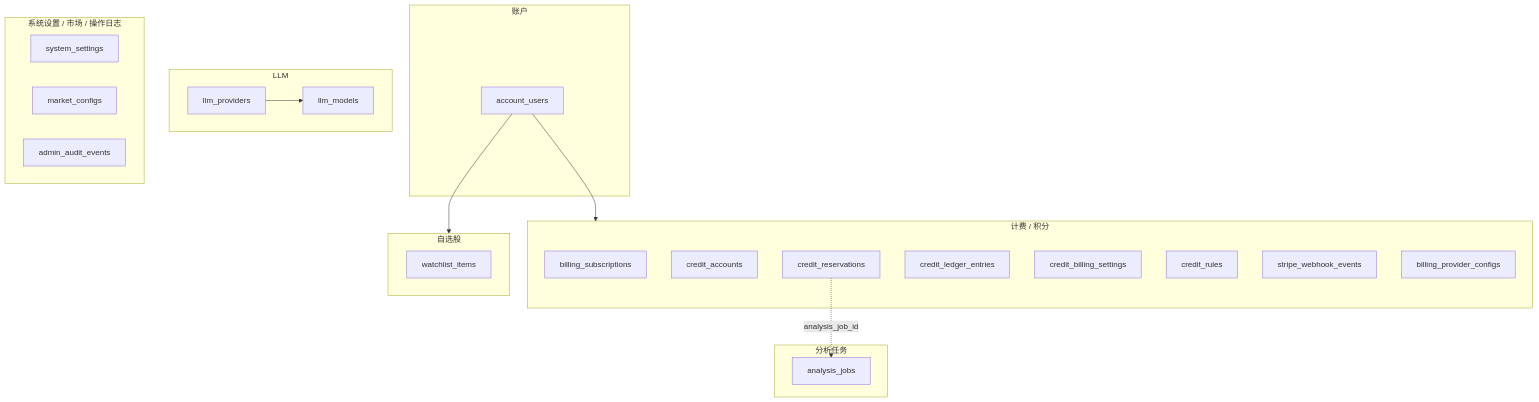
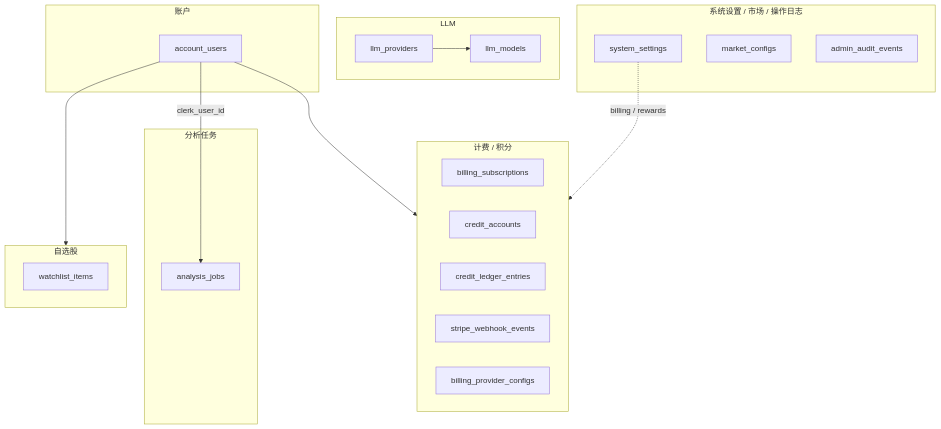
Before and after one commit to hypier/tradingagents-report: the eighth of 8 diagrams in tg-web/docs/DATABASE_DICTIONARY.md, drawn with Mermaid. The commit also changed other lines of this file and 54 other files, not shown here.

First line of the commit message:
feat(tg-core, tg-web): enhance analysis job schema and billing integration

````diff
--- a/tg-web/docs/DATABASE_DICTIONARY.md
+++ b/tg-web/docs/DATABASE_DICTIONARY.md
@@ -313,41 +288,39 @@
 ```mermaid
 flowchart TB
     subgraph Account["账户"]
         PU[account_users]
     end
 
     subgraph Billing["计费 / 积分"]
         BS[billing_subscriptions]
         CA[credit_accounts]
-        CR[credit_reservations]
         CL[credit_ledger_entries]
-        CBS[credit_billing_settings]
-        CRules[credit_rules]
         SWE[stripe_webhook_events]
         BPC[billing_provider_configs]
     end
 
     subgraph Analysis["分析任务"]
         AJ[analysis_jobs]
     end
 
     subgraph LLM["LLM"]
         LP[llm_providers]
         LM[llm_models]
     end
 
     subgraph Watchlist["自选股"]
         WI[watchlist_items]
     end
 
     subgraph Config["系统设置 / 市场 / 操作日志"]
         PS[system_settings]
         MM[market_configs]
         AAE[admin_audit_events]
     end
 
     PU --> Billing
     PU --> Watchlist
-    CR -.->|analysis_job_id| AJ
+    PU -->|clerk_user_id| AJ
+    PS -.->|billing / rewards| Billing
     LP --> LM
 ```
````
